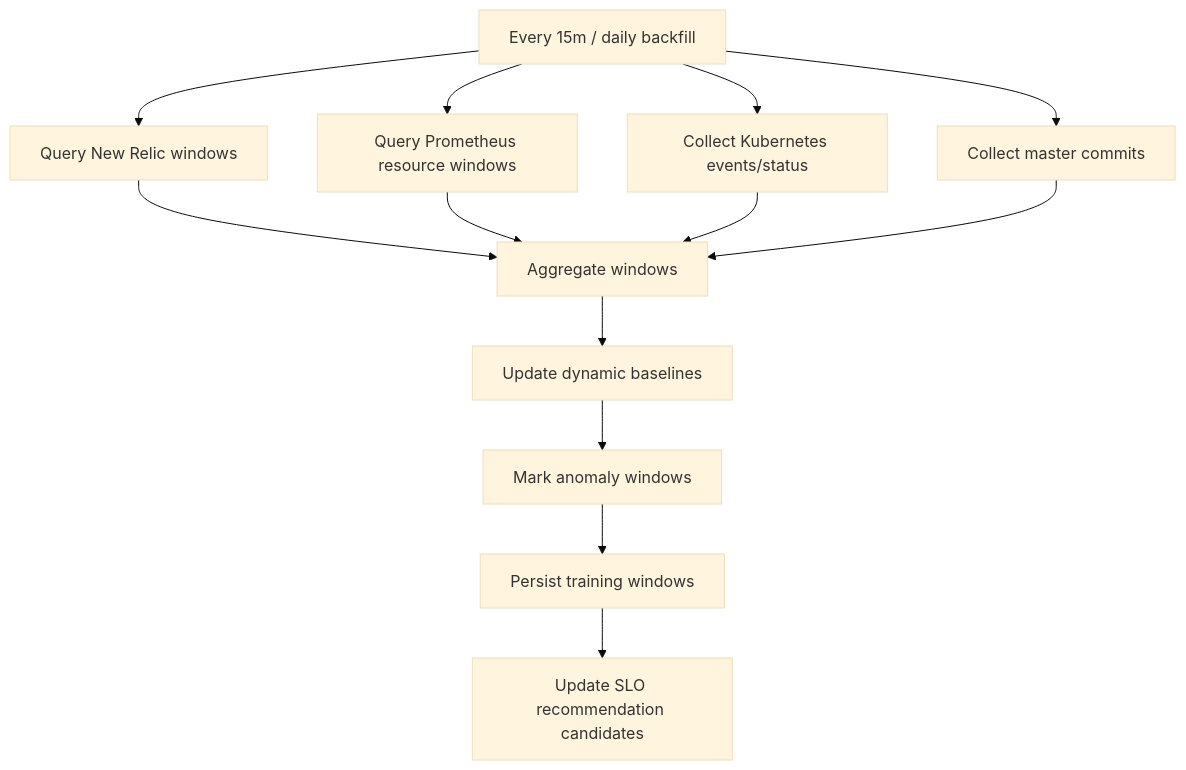
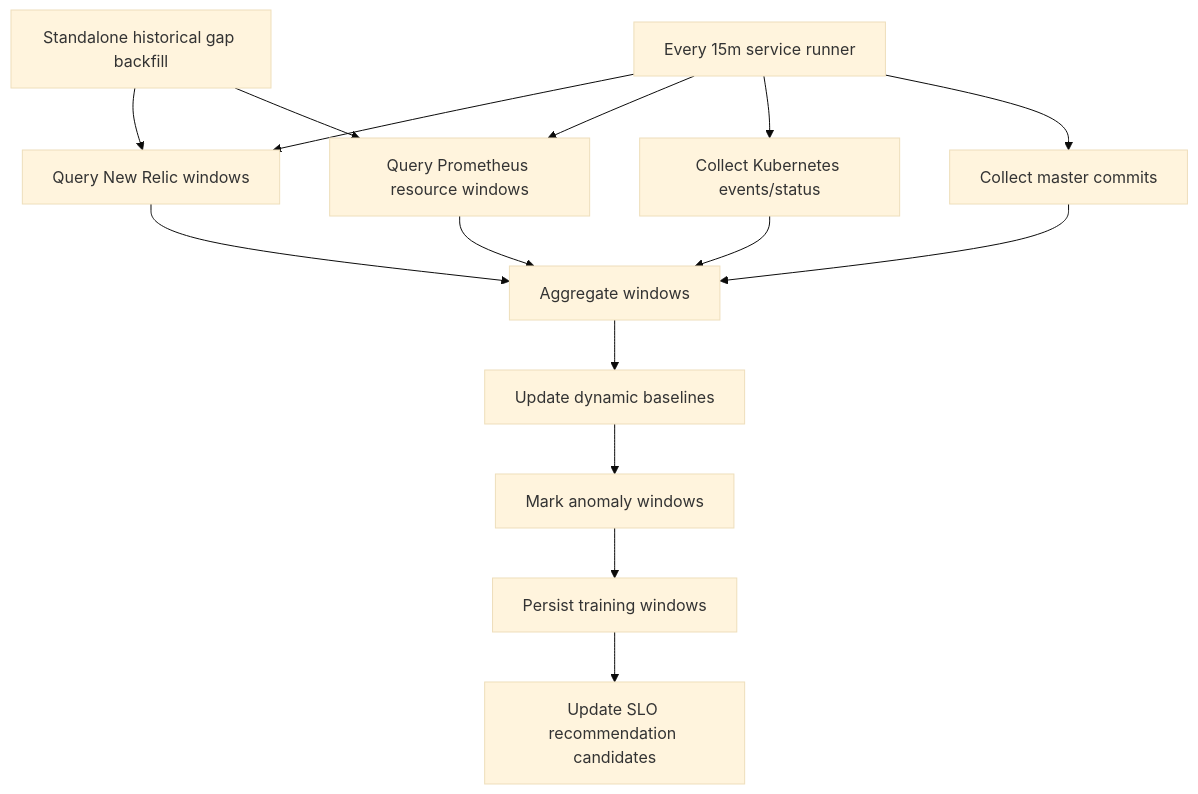
One commit to Deraiven/sre-agent changed the first of 2 diagrams in docs/slo-from-history.md. Above: the diagram before and after it, drawn with Mermaid (base theme). The commit also changed other lines of this file and 14 other files, not shown here.

Commit message:
Add realtime Kubernetes events and recovery ops

````diff
--- a/docs/slo-from-history.md
+++ b/docs/slo-from-history.md
@@ -254,15 +254,17 @@
 ```mermaid
 flowchart TD
-    Schedule["Every 15m / daily backfill"] --> QueryNR["Query New Relic windows"]
-    Schedule --> QueryProm["Query Prometheus resource windows"]
-    Schedule --> QueryK8s["Collect Kubernetes events/status"]
-    Schedule --> QueryGitHub["Collect master commits"]
+    Runner["Every 15m service runner"] --> QueryNR["Query New Relic windows"]
+    Runner --> QueryProm["Query Prometheus resource windows"]
+    Runner --> QueryK8s["Collect Kubernetes events/status"]
+    Runner --> QueryGitHub["Collect master commits"]
+    HistoricalBackfill["Standalone historical gap backfill"] --> QueryNR
+    HistoricalBackfill --> QueryProm
     QueryNR --> Aggregate["Aggregate windows"]
     QueryProm --> Aggregate
     QueryK8s --> Aggregate
     QueryGitHub --> Aggregate
     Aggregate --> Baseline["Update dynamic baselines"]
     Baseline --> Label["Mark anomaly windows"]
     Label --> Store["Persist training windows"]
     Store --> SLO["Update SLO recommendation candidates"]
 ```
````
